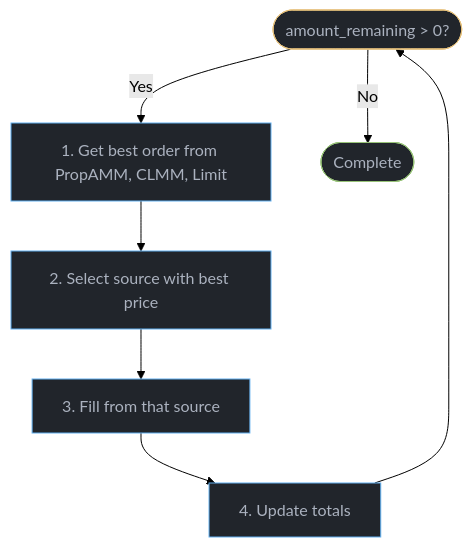
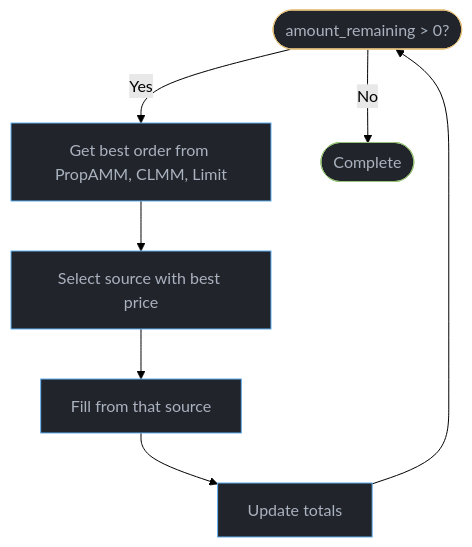
The third of 4 diagrams in architecture.mdx (mgild/mintlify-docs), drawn with Mermaid (forest theme) before and after one commit. The commit also changed other lines of this file and 19 other files, not shown here.

````diff
--- a/architecture.mdx
+++ b/architecture.mdx
@@ -117,17 +117,17 @@
 ```mermaid
 
 flowchart TB
     Start([amount_remaining > 0?]) --> |Yes| Step1
-    Step1[1. Get best order from PropAMM, CLMM, Limit] --> Step2
-    Step2[2. Select source with best price] --> Step3
-    Step3[3. Fill from that source] --> Step4
-    Step4[4. Update totals] --> Start
+    Step1[Get best order from PropAMM, CLMM, Limit] --> Step2
+    Step2[Select source with best price] --> Step3
+    Step3[Fill from that source] --> Step4
+    Step4[Update totals] --> Start
     Start --> |No| Done([Complete])
 
     style Start fill:#21252b,stroke:#e5c07b,color:#abb2bf
     style Done fill:#21252b,stroke:#98c379,color:#abb2bf
     style Step1 fill:#21252b,stroke:#61afef,color:#abb2bf
     style Step2 fill:#21252b,stroke:#61afef,color:#abb2bf
     style Step3 fill:#21252b,stroke:#61afef,color:#abb2bf
     style Step4 fill:#21252b,stroke:#61afef,color:#abb2bf
 ```
````
